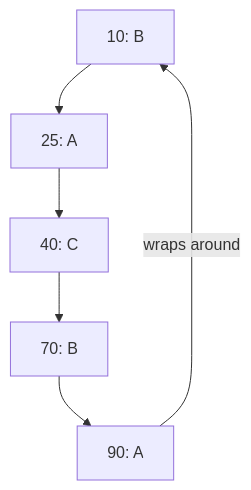
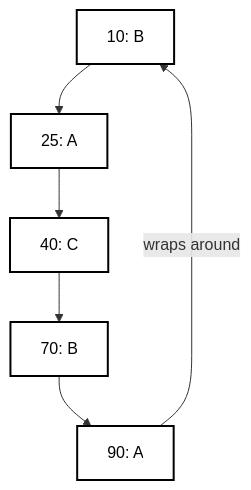
Before and after one commit to wahidyankf/grind-in-public: the second of 2 diagrams in drill/system-design-algos/in-python/algo_06_consistent_hashing.md, drawn with Mermaid. The commit also changed other lines of this file and 22 other files, not shown here.

First line of the commit message:
docs: use accessible palette in mermaid diagrams

````diff
--- a/drill/system-design-algos/in-python/algo_06_consistent_hashing.md
+++ b/drill/system-design-algos/in-python/algo_06_consistent_hashing.md
@@ -56,13 +63,17 @@
 ```mermaid
 flowchart TD
   accTitle: Consistent hashing ring with five positions
   accDescr {
     Positions 10, 25, 40, 70 and 90 go clockwise with owners B, A, C, B and A.
     The last position wraps back to 10.
   }
   P10["10: B"] --> P25["25: A"]
   P25 --> P40["40: C"]
   P40 --> P70["70: B"]
   P70 --> P90["90: A"]
   P90 -->|"wraps around"| P10
+  classDef default fill:#FFFFFF,stroke:#000000,color:#000000,stroke-width:2px
+  classDef blue fill:#0173B2,stroke:#000000,color:#FFFFFF,stroke-width:2px
+  classDef orange fill:#DE8F05,stroke:#000000,color:#000000,stroke-width:2px
+  classDef teal fill:#029E73,stroke:#000000,color:#000000,stroke-width:2px
 ```
````
